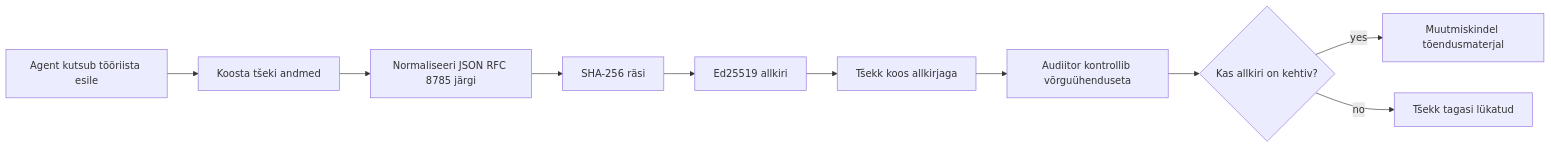
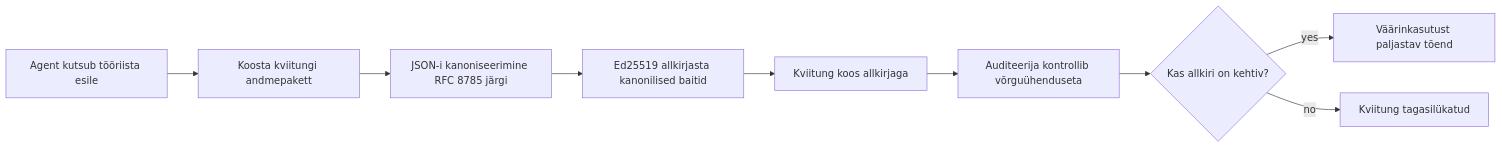
The first of 2 diagrams in translations/et/18-securing-ai-agents/README.md (microsoft/ai-agents-for-beginners), drawn with Mermaid before and after one commit. The commit also changed other lines of this file and 46 other files, not shown here.

````diff
--- a/translations/et/18-securing-ai-agents/README.md
+++ b/translations/et/18-securing-ai-agents/README.md
@@ -51,12 +51,11 @@
 ```mermaid
 flowchart LR
-    A[Agent kutsub tööriista esile] --> B[Koosta tšeki andmed]
-    B --> C[Normaliseeri JSON RFC 8785 järgi]
-    C --> D[SHA-256 räsi]
-    D --> E[Ed25519 allkiri]
-    E --> F[Tšekk koos allkirjaga]
-    F --> G[Audiitor kontrollib võrguühenduseta]
+    A[Agent kutsub tööriista esile] --> B[Koosta kviitungi andmepakett]
+    B --> C[JSON-i kanoniseerimine RFC 8785 järgi]
+    C --> E[Ed25519 allkirjasta kanonilised baitid]
+    E --> F[Kviitung koos allkirjaga]
+    F --> G[Auditeerija kontrollib võrguühenduseta]
     G --> H{Kas allkiri on kehtiv?}
-    H -- yes --> I[Muutmiskindel tõendusmaterjal]
-    H -- no --> J[Tšekk tagasi lükatud]
+    H -- yes --> I[Väärinkasutust paljastav tõend]
+    H -- no --> J[Kviitung tagasilükatud]
 ```
````
